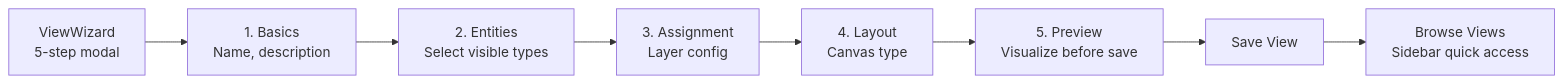
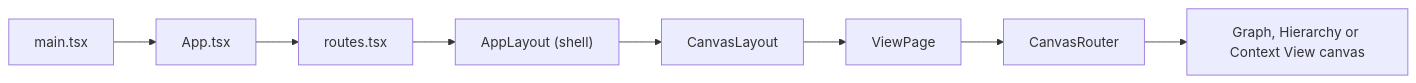
One commit to rkrumins/dataviz changed the diagram in docs/FRONTEND.md. Above: the diagram before and after it, drawn with Mermaid. The commit also changed other lines of this file and 9 other files, not shown here.

````diff
--- a/docs/FRONTEND.md
+++ b/docs/FRONTEND.md
@@ -186,15 +51,10 @@
 ```mermaid
-graph LR
-    Create["ViewWizard<br/>5-step modal"]
-    Step1["1. Basics<br/>Name, description"]
-    Step2["2. Entities<br/>Select visible types"]
-    Step3["3. Assignment<br/>Layer config"]
-    Step4["4. Layout<br/>Canvas type"]
-    Step5["5. Preview<br/>Visualize before save"]
-    Save["Save View"]
-    Browse["Browse Views<br/>Sidebar quick access"]
-
-    Create --> Step1 --> Step2 --> Step3 --> Step4 --> Step5 --> Save
-    Save --> Browse
-
+flowchart LR
+    M["main.tsx"] --> A["App.tsx"]
+    A --> R["routes.tsx"]
+    R --> L["AppLayout (shell)"]
+    L --> CL["CanvasLayout"]
+    CL --> VP["ViewPage"]
+    VP --> CR["CanvasRouter"]
+    CR --> G["Graph, Hierarchy or Context View canvas"]
 ```
````
